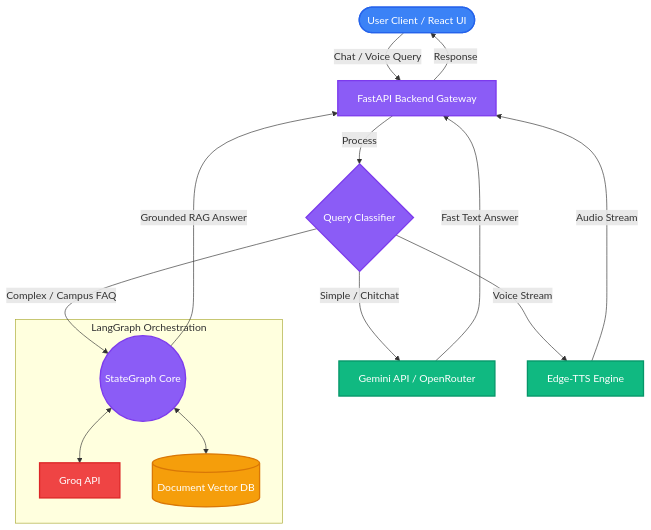
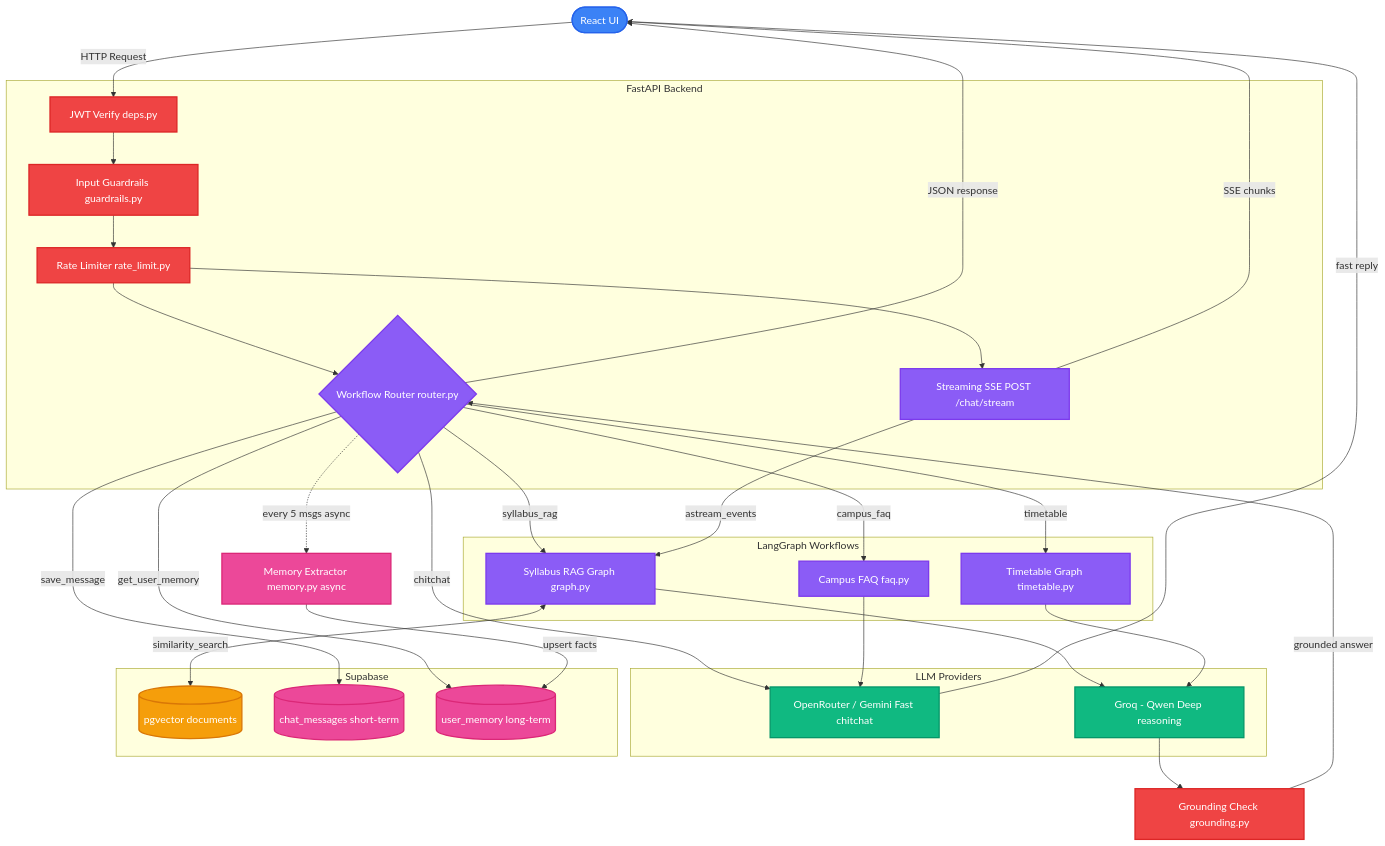
Before and after one commit to sharathprime10-coder/-RoenRiviera: the diagram in README.md, drawn with Mermaid. The commit also changed other lines of this file, not shown here.

First line of the commit message:
docs: rewrite README with full architecture, feature table, project structure, and API reference

````diff
--- a/README.md
+++ b/README.md
@@ -20,49 +28,68 @@
 ```mermaid
 graph TD
-    %% Styling
-    classDef frontend fill:#3b82f6,stroke:#2563eb,stroke-width:2px,color:white;
-    classDef router fill:#8b5cf6,stroke:#7c3aed,stroke-width:2px,color:white;
-    classDef llmFast fill:#10b981,stroke:#059669,stroke-width:2px,color:white;
-    classDef llmHeavy fill:#ef4444,stroke:#dc2626,stroke-width:2px,color:white;
-    classDef db fill:#f59e0b,stroke:#d97706,stroke-width:2px,color:white;
+    classDef frontend fill:#3b82f6,stroke:#2563eb,stroke-width:2px,color:white
+    classDef gateway fill:#8b5cf6,stroke:#7c3aed,stroke-width:2px,color:white
+    classDef security fill:#ef4444,stroke:#dc2626,stroke-width:2px,color:white
+    classDef llm fill:#10b981,stroke:#059669,stroke-width:2px,color:white
+    classDef db fill:#f59e0b,stroke:#d97706,stroke-width:2px,color:white
+    classDef memory fill:#ec4899,stroke:#db2777,stroke-width:2px,color:white
 
-    %% Nodes
-    User([User Client / React UI]):::frontend
-    API[FastAPI Backend Gateway]:::router
-    
-    %% Routing Logic
-    QueryRouter{Query Classifier}:::router
-    
-    %% Simple Path
-    Gemini[Gemini API / OpenRouter]:::llmFast
-    
-    %% Complex Path
-    subgraph LangGraph Orchestration
-        Groq[Groq API]:::llmHeavy
-        Retriever[(Document Vector DB)]:::db
-        GraphCore((StateGraph Core)):::router
+    User([React UI]):::frontend
+
+    subgraph FastAPI Backend
+        Auth[JWT Verify deps.py]:::security
+        Guards[Input Guardrails guardrails.py]:::security
+        RateLimit[Rate Limiter rate_limit.py]:::security
+        Router{Workflow Router router.py}:::gateway
+        Stream[Streaming SSE POST /chat/stream]:::gateway
     end
-    
-    %% TTS Path
-    EdgeTTS[Edge-TTS Engine]:::llmFast
 
-    %% Connections
-    User -->|Chat / Voice Query| API
-    API -->|Process| QueryRouter
-    
-    %% Paths
-    QueryRouter -->|Simple / Chitchat| Gemini
-    QueryRouter -->|Complex / Campus FAQ| GraphCore
-    QueryRouter -->|Voice Stream| EdgeTTS
-    
-    %% Graph Internals
-    GraphCore <--> Retriever
-    GraphCore <--> Groq
-    
-    %% Returns
-    Gemini -->|Fast Text Answer| API
-    GraphCore -->|Grounded RAG Answer| API
-    EdgeTTS -->|Audio Stream| API
-    
-    API -->|Response| User
+    subgraph LangGraph Workflows
+        RAG[Syllabus RAG Graph graph.py]:::gateway
+        Timetable[Timetable Graph timetable.py]:::gateway
+        FAQ[Campus FAQ faq.py]:::gateway
+    end
+
+    subgraph LLM Providers
+        OpenRouter[OpenRouter / Gemini Fast chitchat]:::llm
+        Groq[Groq - Qwen Deep reasoning]:::llm
+    end
+
+    subgraph Supabase
+        VectorDB[(pgvector documents)]:::db
+        ChatMem[(chat_messages short-term)]:::memory
+        UserMem[(user_memory long-term)]:::memory
+    end
+
+    MemExtract[Memory Extractor memory.py async]:::memory
+    Grounding[Grounding Check grounding.py]:::security
+
+    User -->|HTTP Request| Auth
+    Auth --> Guards
+    Guards --> RateLimit
+    RateLimit --> Router
+    RateLimit --> Stream
+
+    Router -->|chitchat| OpenRouter
+    Router -->|syllabus_rag| RAG
+    Router -->|timetable| Timetable
+    Router -->|campus_faq| FAQ
+    Stream -->|astream_events| RAG
+
+    RAG <-->|similarity_search| VectorDB
+    RAG --> Groq
+    Timetable --> Groq
+    FAQ --> OpenRouter
+
+    Groq --> Grounding
+    Grounding -->|grounded answer| Router
+
+    Router -->|save_message| ChatMem
+    Router -->|get_user_memory| UserMem
+    Router -.->|every 5 msgs async| MemExtract
+    MemExtract -->|upsert facts| UserMem
+
+    OpenRouter -->|fast reply| User
+    Router -->|JSON response| User
+    Stream -->|SSE chunks| User
 ```
````
